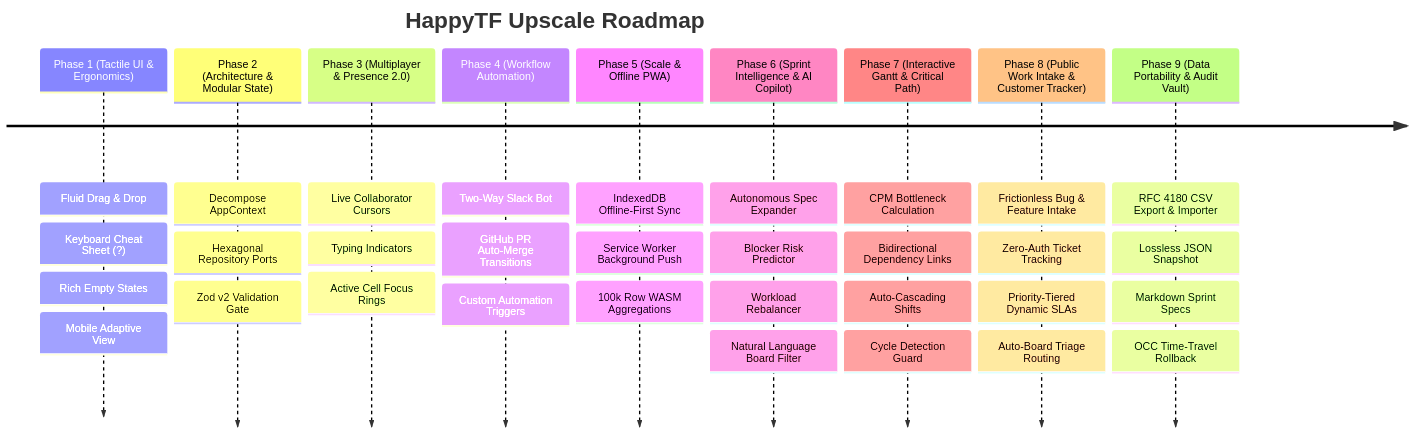
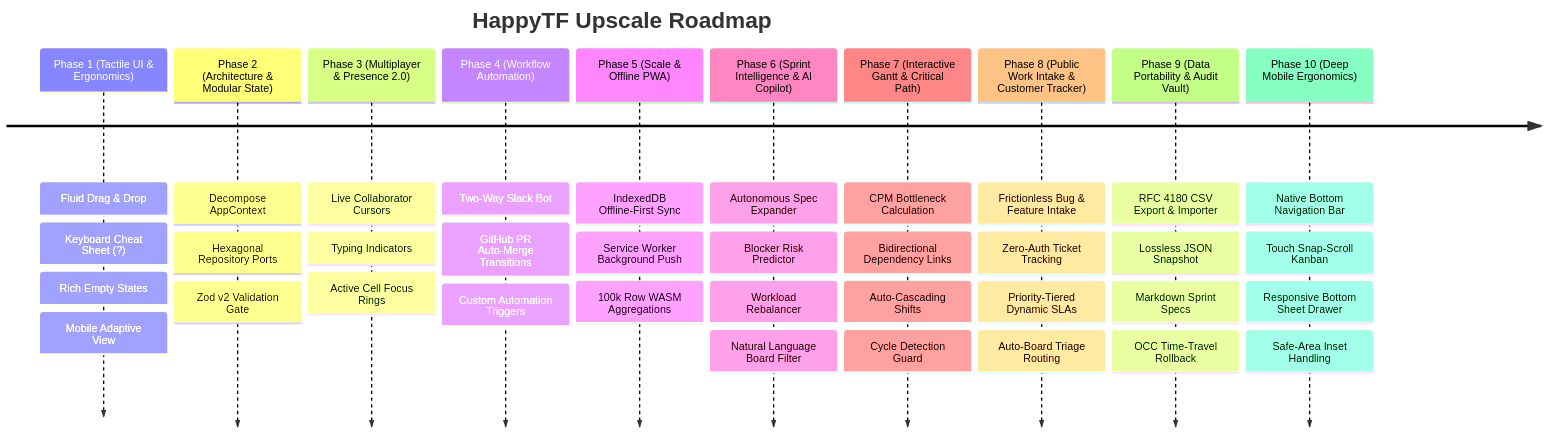
Before and after one commit to Realwaan/HappyTF: the diagram in UPSCALE.md, drawn with Mermaid. The commit also changed other lines of this file and 15 other files, not shown here.

Commit message:
feat(mobile): implement Phase 10 deep mobile ergonomics and native-touch platform

````diff
--- a/UPSCALE.md
+++ b/UPSCALE.md
@@ -14,13 +14,14 @@
 ```mermaid
 timeline
     title HappyTF Upscale Roadmap
     Phase 1 (Tactile UI & Ergonomics) : Fluid Drag & Drop : Keyboard Cheat Sheet (?) : Rich Empty States : Mobile Adaptive View
     Phase 2 (Architecture & Modular State) : Decompose AppContext : Hexagonal Repository Ports : Zod v2 Validation Gate
     Phase 3 (Multiplayer & Presence 2.0) : Live Collaborator Cursors : Typing Indicators : Active Cell Focus Rings
     Phase 4 (Workflow Automation) : Two-Way Slack Bot : GitHub PR Auto-Merge Transitions : Custom Automation Triggers
     Phase 5 (Scale & Offline PWA) : IndexedDB Offline-First Sync : Service Worker Background Push : 100k Row WASM Aggregations
     Phase 6 (Sprint Intelligence & AI Copilot) : Autonomous Spec Expander : Blocker Risk Predictor : Workload Rebalancer : Natural Language Board Filter
     Phase 7 (Interactive Gantt & Critical Path) : CPM Bottleneck Calculation : Bidirectional Dependency Links : Auto-Cascading Shifts : Cycle Detection Guard
     Phase 8 (Public Work Intake & Customer Tracker) : Frictionless Bug & Feature Intake : Zero-Auth Ticket Tracking : Priority-Tiered Dynamic SLAs : Auto-Board Triage Routing
     Phase 9 (Data Portability & Audit Vault) : RFC 4180 CSV Export & Importer : Lossless JSON Snapshot : Markdown Sprint Specs : OCC Time-Travel Rollback
+    Phase 10 (Deep Mobile Ergonomics) : Native Bottom Navigation Bar : Touch Snap-Scroll Kanban : Responsive Bottom Sheet Drawer : Safe-Area Inset Handling
 ```
````
